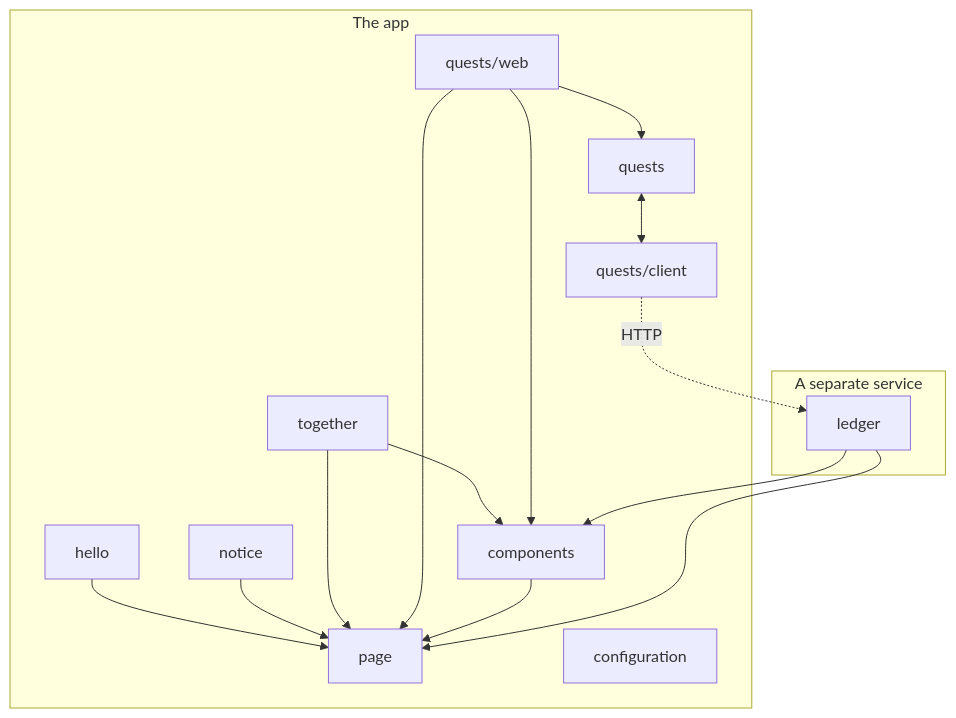
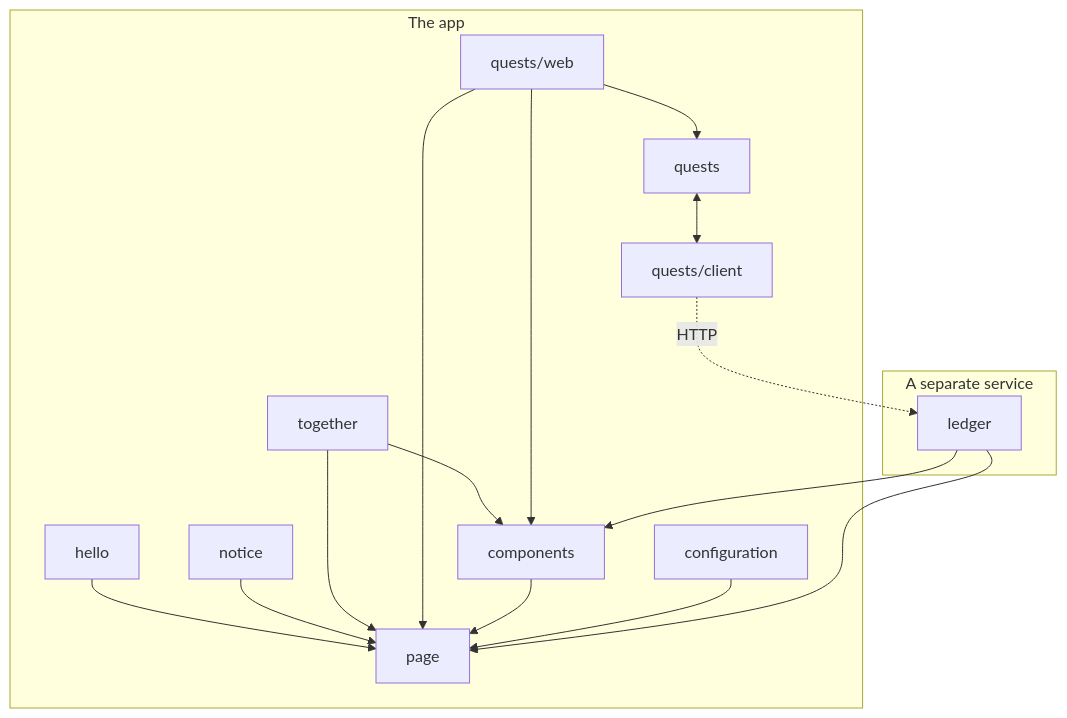
Before and after one commit to MarkusAugust/forgelord: the diagram in README.md, drawn with Mermaid. The commit also changed other lines of this file and 9 other files, not shown here.

````diff
--- a/README.md
+++ b/README.md
@@ -387,29 +396,30 @@
 ```mermaid
 flowchart TD
     subgraph app ["The app"]
         hello["hello"]
         notice["notice"]
         together["together"]
         web["quests/web"]
         quests["quests"]
         client["quests/client"]
         components["components"]
         page["page"]
         configuration["configuration"]
     end
     subgraph source ["A separate service"]
         ledger["ledger"]
     end
     hello --> page
     notice --> page
     together --> components
     together --> page
     web --> components
     web --> page
     web --> quests
     quests <--> client
     components --> page
+    configuration --> page
     client -. HTTP .-> ledger
     ledger --> components
     ledger --> page
 ```
````
